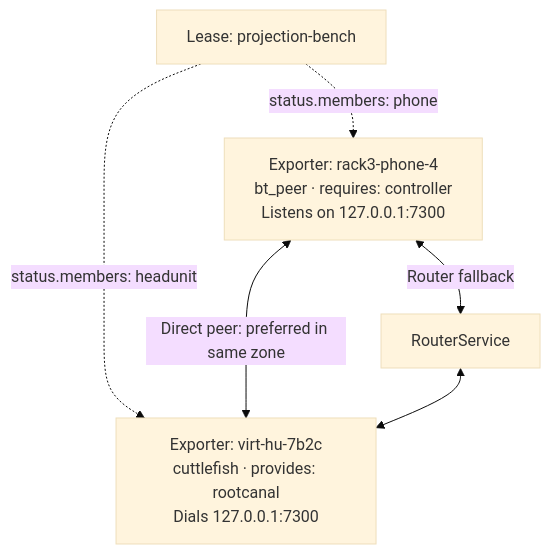
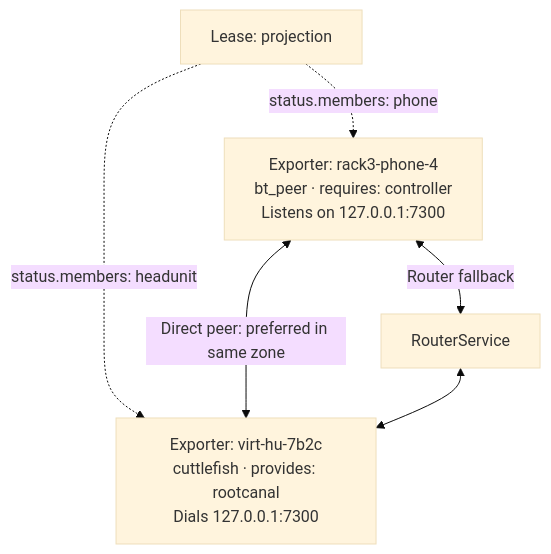
One commit to jumpstarter-dev/jumpstarter changed the first of 3 diagrams in docs/source/contributing/jeps/JEP-0015-multi-exporter-leases-port-forwarding.md. Above: the diagram before and after it, drawn with Mermaid (base theme). The commit also changed other lines of this file, not shown here.

First line of the commit message:
docs(jep-0015): add scope summary, exclusion groups, and typed lease classes

````diff
--- a/docs/source/contributing/jeps/JEP-0015-multi-exporter-leases-port-forwarding.md
+++ b/docs/source/contributing/jeps/JEP-0015-multi-exporter-leases-port-forwarding.md
@@ -318,13 +422,13 @@
 ```{mermaid}
 flowchart TD
-    lease["Lease: projection-bench"]
+    lease["Lease: projection"]
     phone["Exporter: rack3-phone-4<br/>bt_peer · requires: controller<br/>Listens on 127.0.0.1:7300"]
     headunit["Exporter: virt-hu-7b2c<br/>cuttlefish · provides: rootcanal<br/>Dials 127.0.0.1:7300"]
     router["RouterService"]
 
     lease -.->|"status.members: phone"| phone
     lease -.->|"status.members: headunit"| headunit
     phone <-->|"Direct peer: preferred in same zone"| headunit
     phone <-->|"Router fallback"| router
     router <--> headunit
 ```
````
